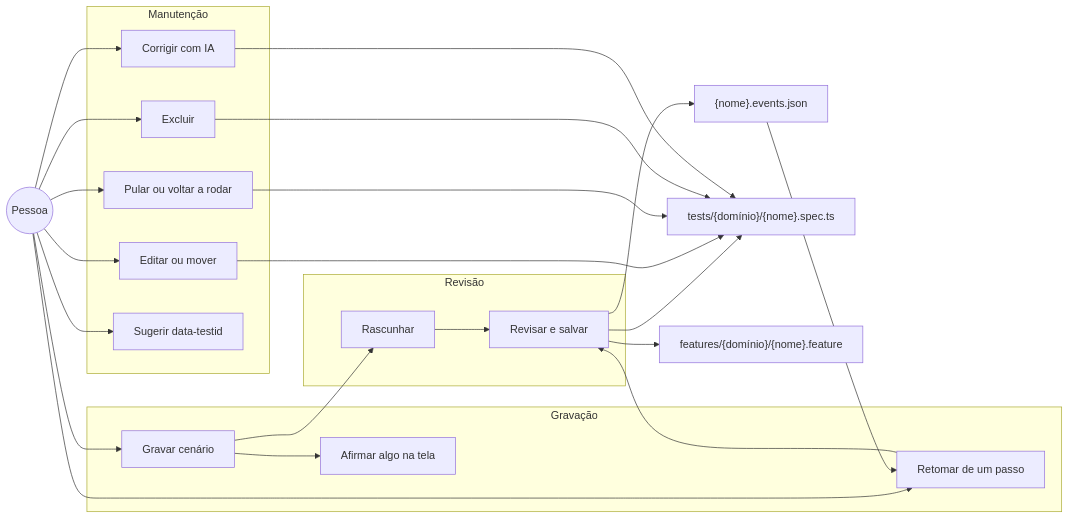
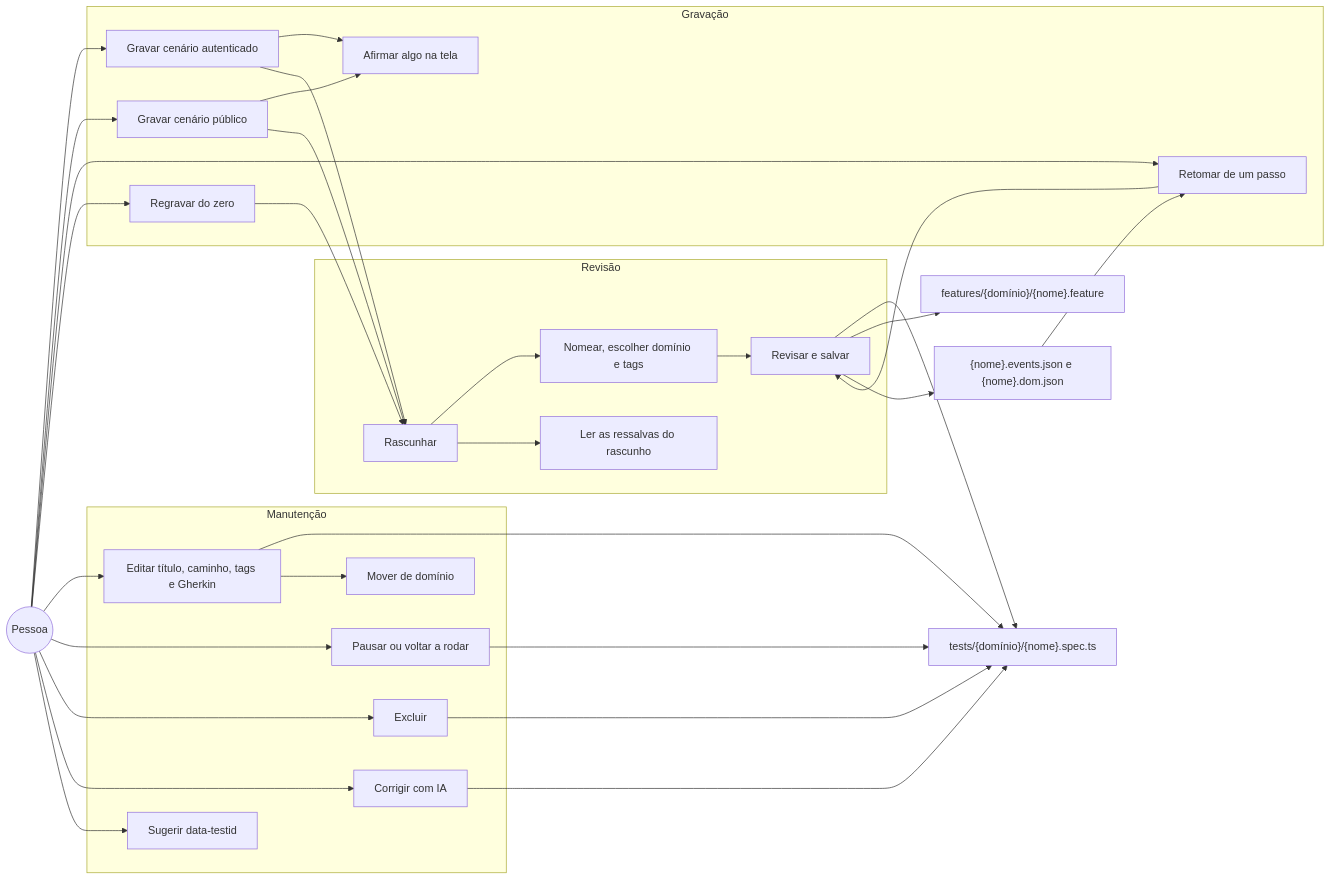
The seventh of 15 diagrams in docs/DIAGRAMS/USE-CASE-DIAGRAMS.md (KauanCalheiro/acutis), drawn with Mermaid before and after one commit. The commit also changed other lines of this file and 7 other files, not shown here.

````diff
--- a/docs/DIAGRAMS/USE-CASE-DIAGRAMS.md
+++ b/docs/DIAGRAMS/USE-CASE-DIAGRAMS.md
@@ -218,37 +306,49 @@
 ```mermaid
 flowchart LR
   P(("Pessoa"))
 
   subgraph Gravação
-    G["Gravar cenário"]
+    G["Gravar cenário autenticado"]
+    GP["Gravar cenário público"]
     AS["Afirmar algo na tela"]
     Y["Retomar de um passo"]
+    RG["Regravar do zero"]
   end
 
   subgraph Revisão
     D["Rascunhar"]
+    NM["Nomear, escolher domínio e tags"]
+    WR["Ler as ressalvas do rascunho"]
     W["Revisar e salvar"]
   end
 
   subgraph Manutenção
-    E["Editar ou mover"]
-    SK["Pular ou voltar a rodar"]
+    E["Editar título, caminho, tags e Gherkin"]
+    MV["Mover de domínio"]
+    SK["Pausar ou voltar a rodar"]
     X["Excluir"]
     F["Corrigir com IA"]
     S["Sugerir data-testid"]
   end
 
   SPEC["tests/{domínio}/{nome}.spec.ts"]
   FEAT["features/{domínio}/{nome}.feature"]
-  EV["{nome}.events.json"]
+  EV["{nome}.events.json e {nome}.dom.json"]
 
   P --> G --> AS
-  G --> D --> W --> SPEC & FEAT & EV
+  P --> GP --> AS
+  G --> D
+  GP --> D
+  D --> NM --> W
+  D --> WR
+  W --> SPEC & FEAT & EV
   P --> Y --> W
+  P --> RG --> D
   P --> E --> SPEC
+  E --> MV
   P --> SK --> SPEC
   P --> X --> SPEC
   P --> F --> SPEC
   P --> S
   EV --> Y
 ```
````
